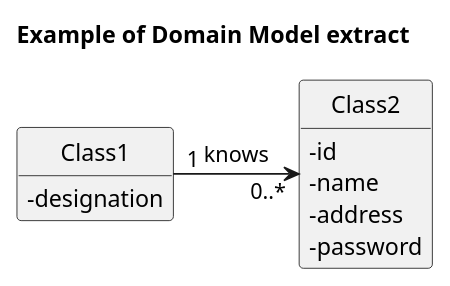
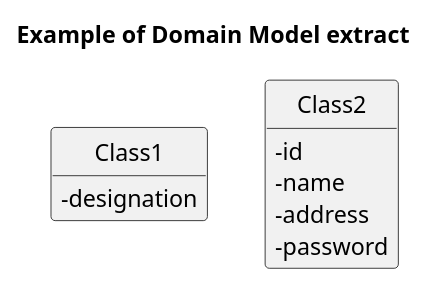
Before and after one commit to nunogon1211787/projectManagement: the diagram in docs/Sprint1/US009/US009-MD.puml, drawn with PlantUML. The commit also changed 33 other files, not shown here.

```diff
--- a/docs/Sprint1/US009/US009-MD.puml
+++ b/docs/Sprint1/US009/US009-MD.puml
@@ -1,22 +1,23 @@
 @startuml
 'https://plantuml.com/class-diagram
 hide circle
 skinparam classAttributeIconSize 0
 hide methods
 
 title Example of Domain Model extract
 
 class Class1 {
     -designation
 }
 
 class Class2 {
     -id
     -name
     -address
     -password
 }
 
-Class1 "1" -> "0..*" Class2: knows
+
+
 
 @enduml
```
